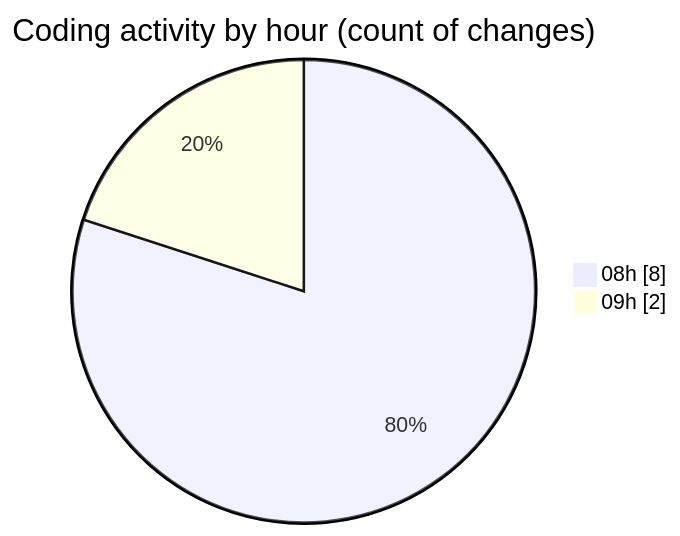
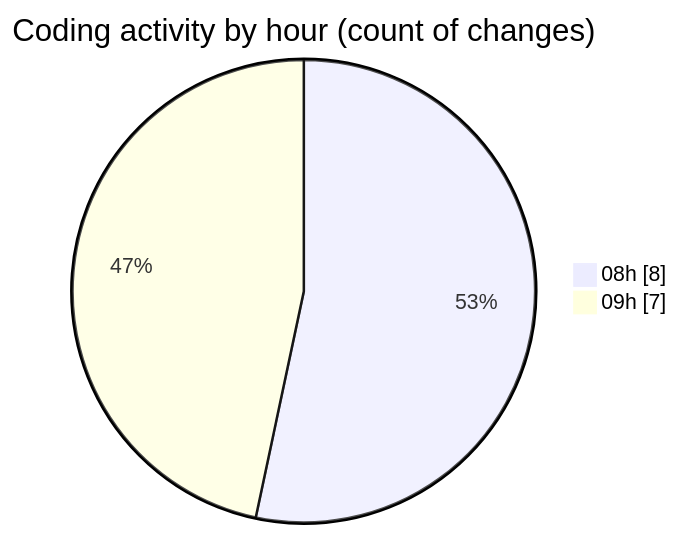
One commit to momahboobian/code-tracking changed the second of 2 diagrams in 2025-09-15/cda/README.md. Above: the diagram before and after it, drawn with Mermaid. The commit also changed other lines of this file and 1 other file, not shown here.

````diff
--- a/2025-09-15/cda/README.md
+++ b/2025-09-15/cda/README.md
@@ -29,6 +29,6 @@
 ```mermaid
 pie showData
 title Coding activity by hour (count of changes)
 "08h" : 8
-"09h" : 2
+"09h" : 7
 ```
````
